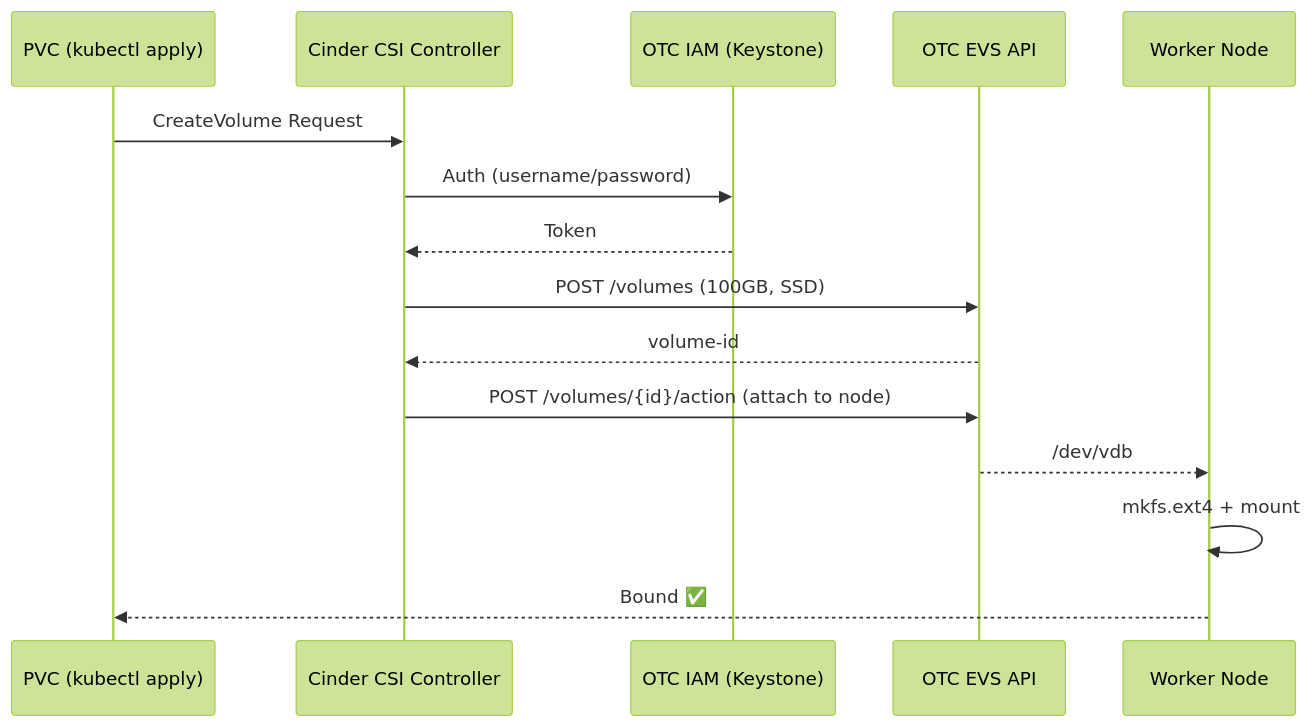
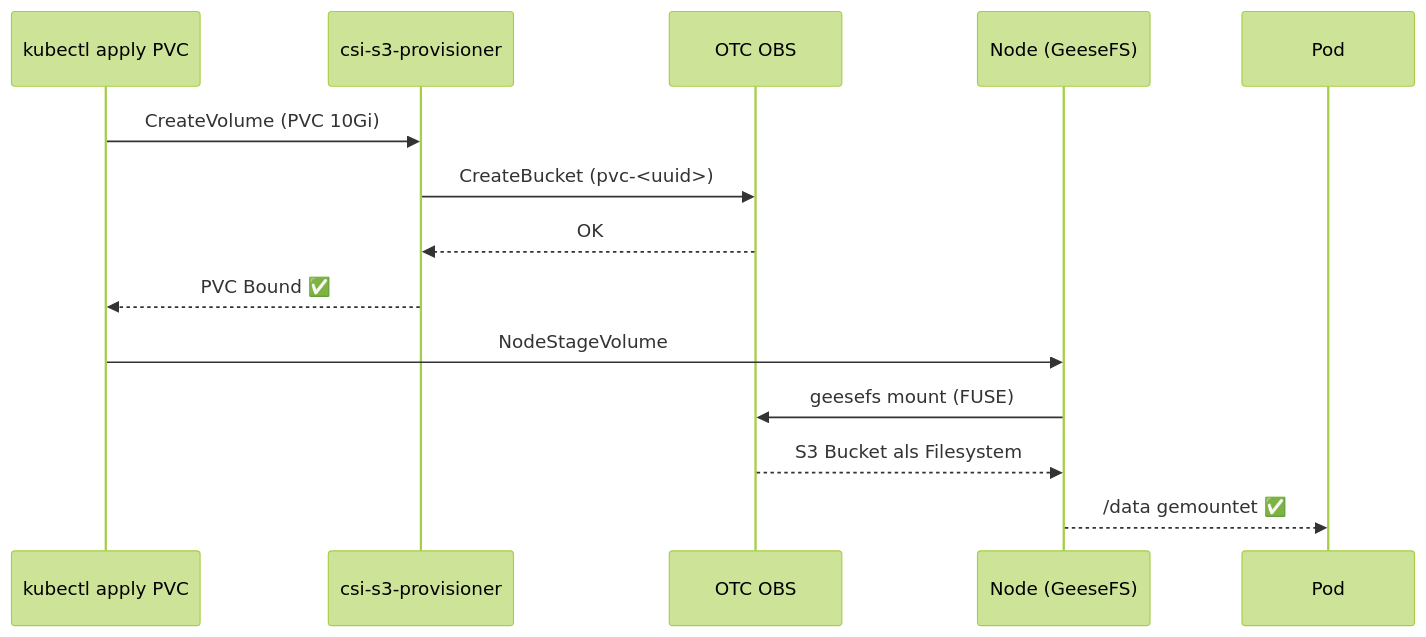
The diagram in docs/STORAGE.md (Wolfslight-Forgehouse/swiss-otc-k8s-cloud-manager-infra), drawn with Mermaid (forest theme) before and after one commit. The commit also changed other lines of this file, not shown here.

First line of the commit message:
docs(storage): complete OBS CSI-S3 documentation with GeeseFS setup, patches, and verified test results

````diff
--- a/docs/STORAGE.md
+++ b/docs/STORAGE.md
@@ -20,18 +84,18 @@
 ```mermaid
 sequenceDiagram
-    participant PVC as PVC (kubectl apply)
-    participant CSI as Cinder CSI Controller
-    participant IAM as OTC IAM (Keystone)
-    participant EVS as OTC EVS API
-    participant Node as Worker Node
+    participant K as kubectl apply PVC
+    participant P as csi-s3-provisioner
+    participant OBS as OTC OBS
+    participant N as Node (GeeseFS)
+    participant Pod as Pod
 
-    PVC->>CSI: CreateVolume Request
-    CSI->>IAM: Auth (username/password)
-    IAM-->>CSI: Token
-    CSI->>EVS: POST /volumes (100GB, SSD)
-    EVS-->>CSI: volume-id
-    CSI->>EVS: POST /volumes/{id}/action (attach to node)
-    EVS-->>Node: /dev/vdb
-    Node->>Node: mkfs.ext4 + mount
-    Node-->>PVC: Bound ✅
+    K->>P: CreateVolume (PVC 10Gi)
+    P->>OBS: CreateBucket (pvc-<uuid>)
+    OBS-->>P: OK
+    P-->>K: PVC Bound ✅
+
+    K->>N: NodeStageVolume
+    N->>OBS: geesefs mount (FUSE)
+    OBS-->>N: S3 Bucket als Filesystem
+    N-->>Pod: /data gemountet ✅
 ```
````
